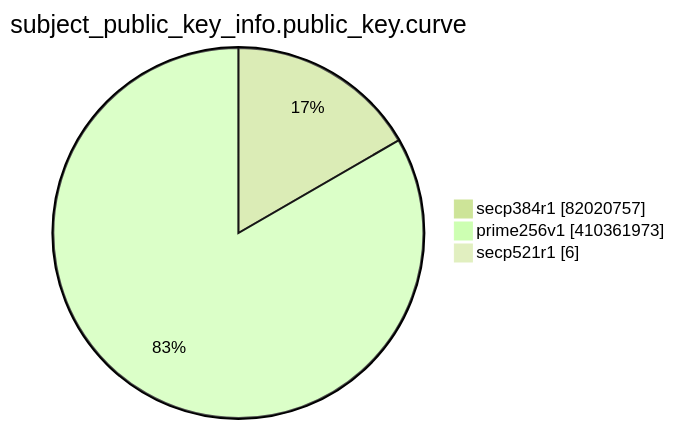
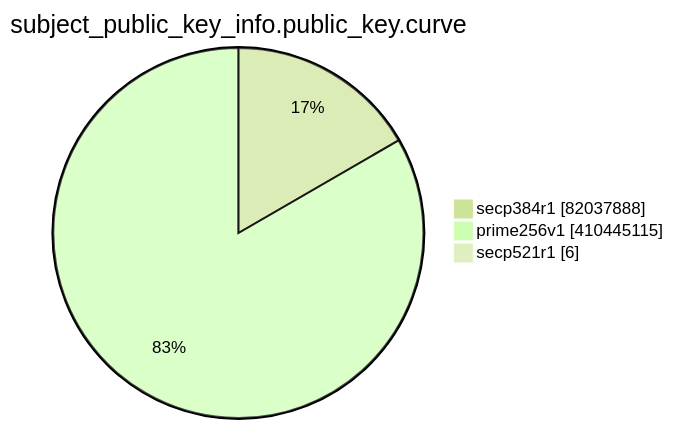
The eighth of 15 diagrams in TOTAL/README.md (christiankrug/ctmonitor_visualization), drawn with Mermaid (forest theme) before and after one commit. The commit also changed other lines of this file, not shown here.

````diff
--- a/TOTAL/README.md
+++ b/TOTAL/README.md
@@ -3096,7 +3096,7 @@
 ```mermaid
 pie showData
 title subject_public_key_info.public_key.curve
-"secp384r1" :82020757
-"prime256v1" :410361973
+"secp384r1" :82037888
+"prime256v1" :410445115
 "secp521r1" :6
 ```
````
